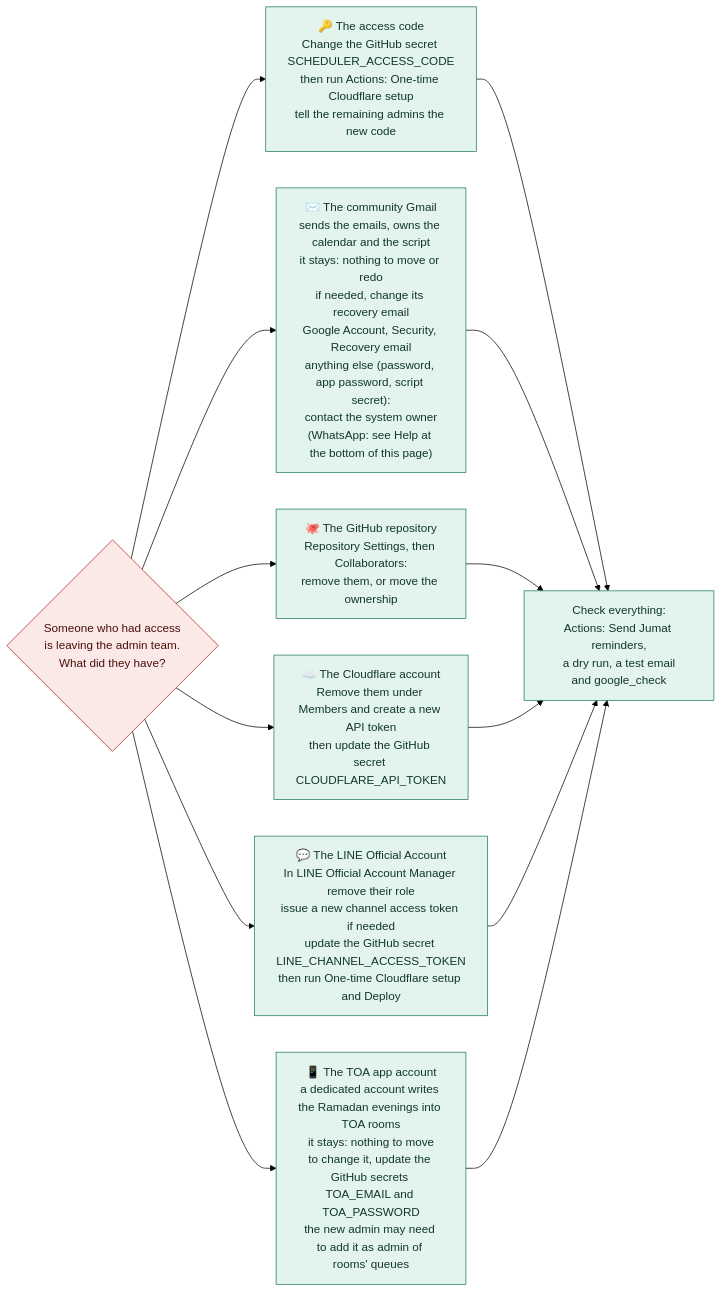
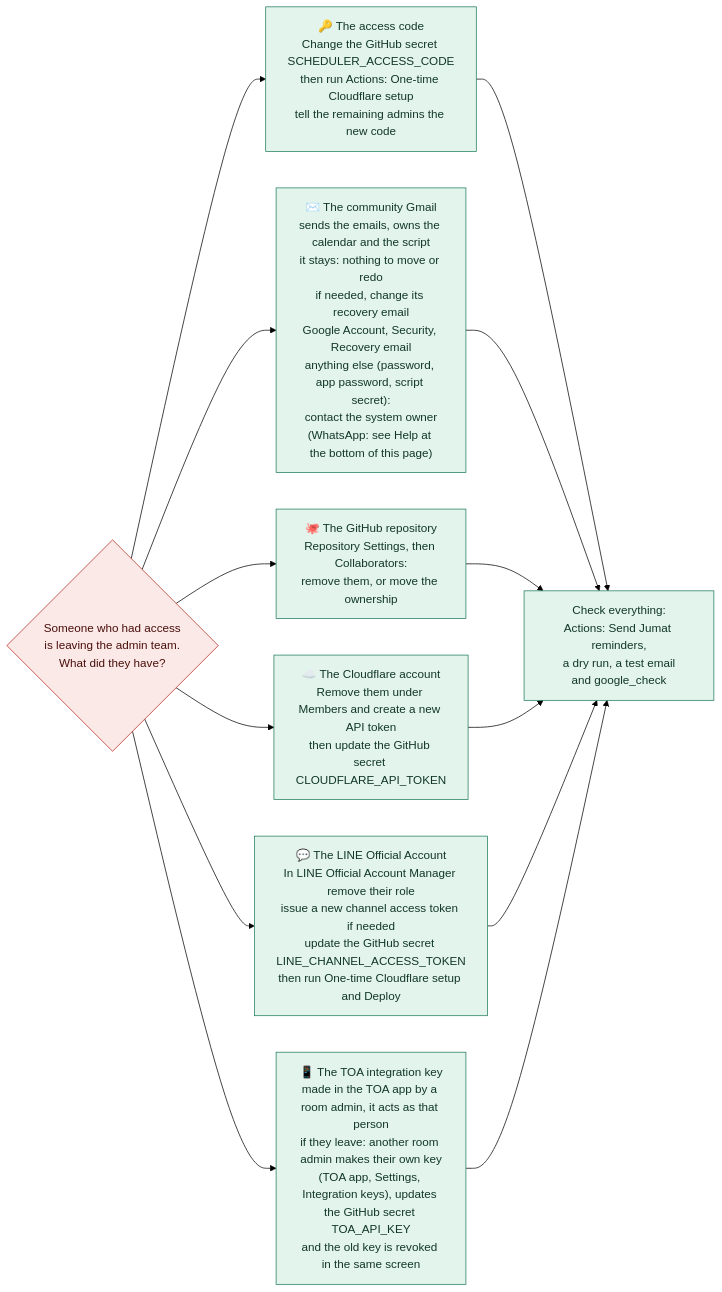
The diagram in public/flows/handover-secrets.mmd (mushaffarasyidridha/Jumat-Scheduler-NAIST), drawn with Mermaid (forest theme) before and after one commit. The commit also changed 14 other files, not shown here.

First line of the commit message:
TOA: use TOA's own scheduler API with an integration key

```diff
--- a/public/flows/handover-secrets.mmd
+++ b/public/flows/handover-secrets.mmd
@@ -1,20 +1,20 @@
 flowchart LR
   B{"Someone who had access<br/>is leaving the admin team.<br/>What did they have?"}
   B --> D1["🔑 The access code<br/>Change the GitHub secret SCHEDULER_ACCESS_CODE<br/>then run Actions: One-time Cloudflare setup<br/>tell the remaining admins the new code"]
   B --> D2["✉️ The community Gmail<br/>sends the emails, owns the calendar and the script<br/>it stays: nothing to move or redo<br/>if needed, change its recovery email<br/>Google Account, Security, Recovery email<br/>anything else (password, app password, script secret):<br/>contact the system owner<br/>(WhatsApp: see Help at the bottom of this page)"]
   B --> D3["🐙 The GitHub repository<br/>Repository Settings, then Collaborators:<br/>remove them, or move the ownership"]
   B --> D4["☁️ The Cloudflare account<br/>Remove them under Members and create a new API token<br/>then update the GitHub secret CLOUDFLARE_API_TOKEN"]
   B --> D5["💬 The LINE Official Account<br/>In LINE Official Account Manager remove their role<br/>issue a new channel access token if needed<br/>update the GitHub secret LINE_CHANNEL_ACCESS_TOKEN<br/>then run One-time Cloudflare setup and Deploy"]
 
-  B --> D6["📱 The TOA app account<br/>a dedicated account writes the Ramadan evenings into TOA rooms<br/>it stays: nothing to move<br/>to change it, update the GitHub secrets TOA_EMAIL and TOA_PASSWORD<br/>the new admin may need to add it as admin of rooms' queues"]
+  B --> D6["📱 The TOA integration key<br/>made in the TOA app by a room admin, it acts as that person<br/>if they leave: another room admin makes their own key<br/>(TOA app, Settings, Integration keys), updates the GitHub secret TOA_API_KEY<br/>and the old key is revoked in the same screen"]
   D1 --> E["Check everything:<br/>Actions: Send Jumat reminders,<br/>a dry run, a test email<br/>and google_check"]
   D2 --> E
   D3 --> E
   D4 --> E
   D5 --> E
   D6 --> E
 
   classDef admin fill:#e3f4ec,stroke:#1f7a5c,color:#12372a
   classDef warn fill:#fbe9e7,stroke:#b3261e,color:#4a0f0b
   class B warn
   class D1,D2,D3,D4,D5,D6,E admin
```
